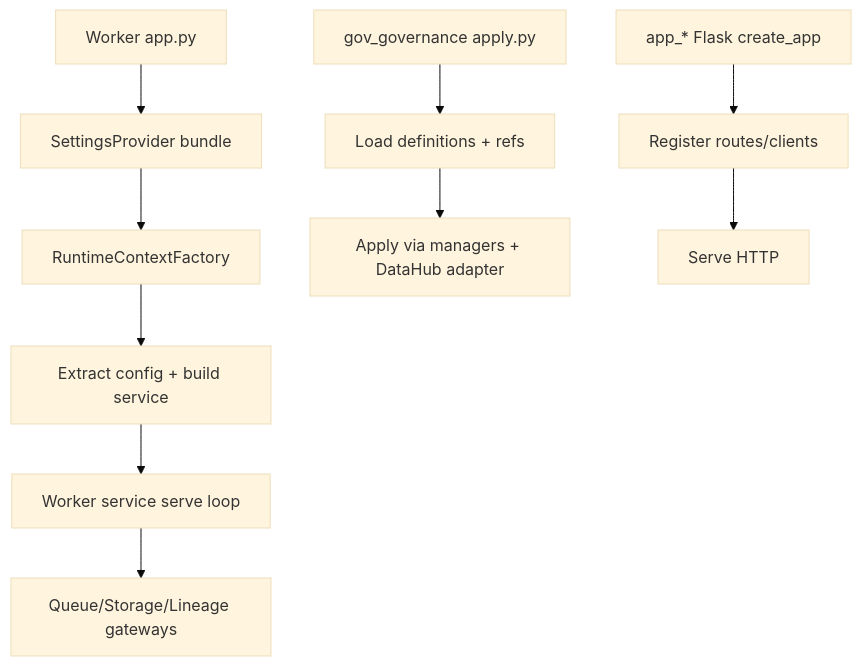
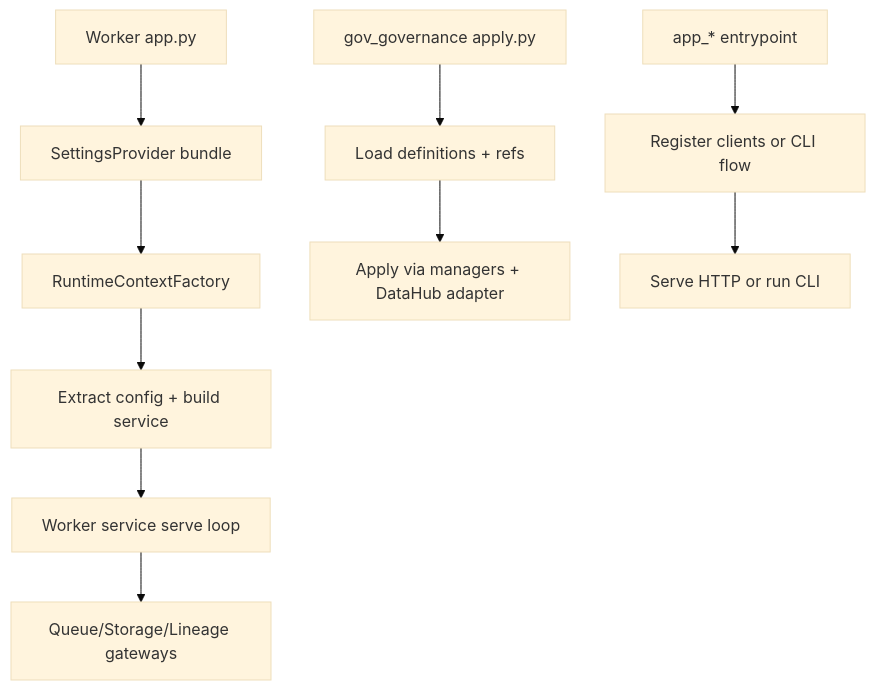
One commit to ElwesHonorato/governed-rag-foundation changed the second of 2 diagrams in domains/docs/ARCHITECTURE.md. Above: the diagram before and after it, drawn with Mermaid (base theme). The commit also changed other lines of this file and 7 other files, not shown here.

````diff
--- a/domains/docs/ARCHITECTURE.md
+++ b/domains/docs/ARCHITECTURE.md
@@ -111,14 +111,14 @@
 ```mermaid
 flowchart TD
     A[Worker app.py] --> B[SettingsProvider bundle]
     B --> C[RuntimeContextFactory]
     C --> D[Extract config + build service]
     D --> E[Worker service serve loop]
     E --> F[Queue/Storage/Lineage gateways]
 
     G[gov_governance apply.py] --> H[Load definitions + refs]
     H --> I[Apply via managers + DataHub adapter]
 
-    J[app_* Flask create_app] --> K[Register routes/clients]
-    K --> L[Serve HTTP]
+    J[app_* entrypoint] --> K[Register clients or CLI flow]
+    K --> L[Serve HTTP or run CLI]
 ```
````
